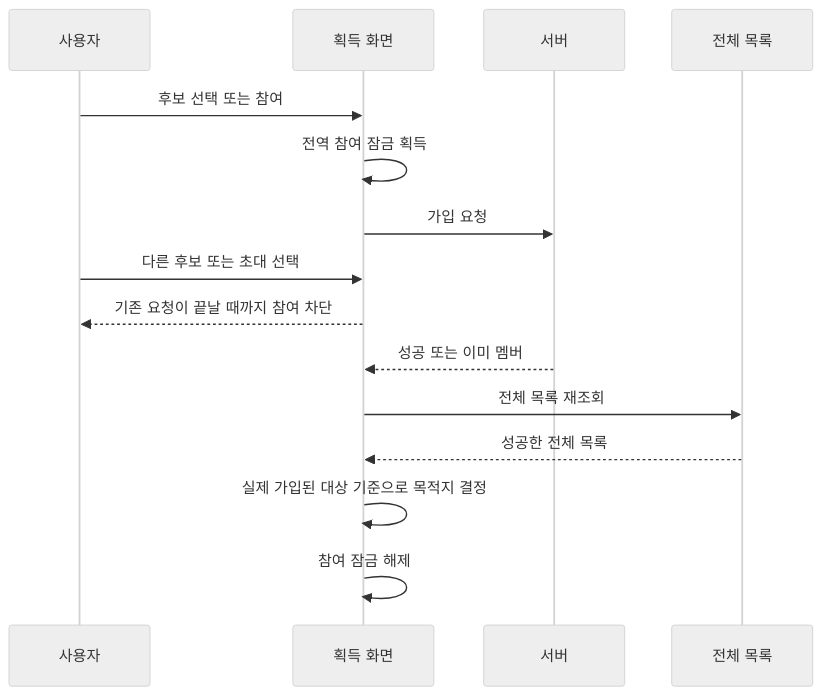
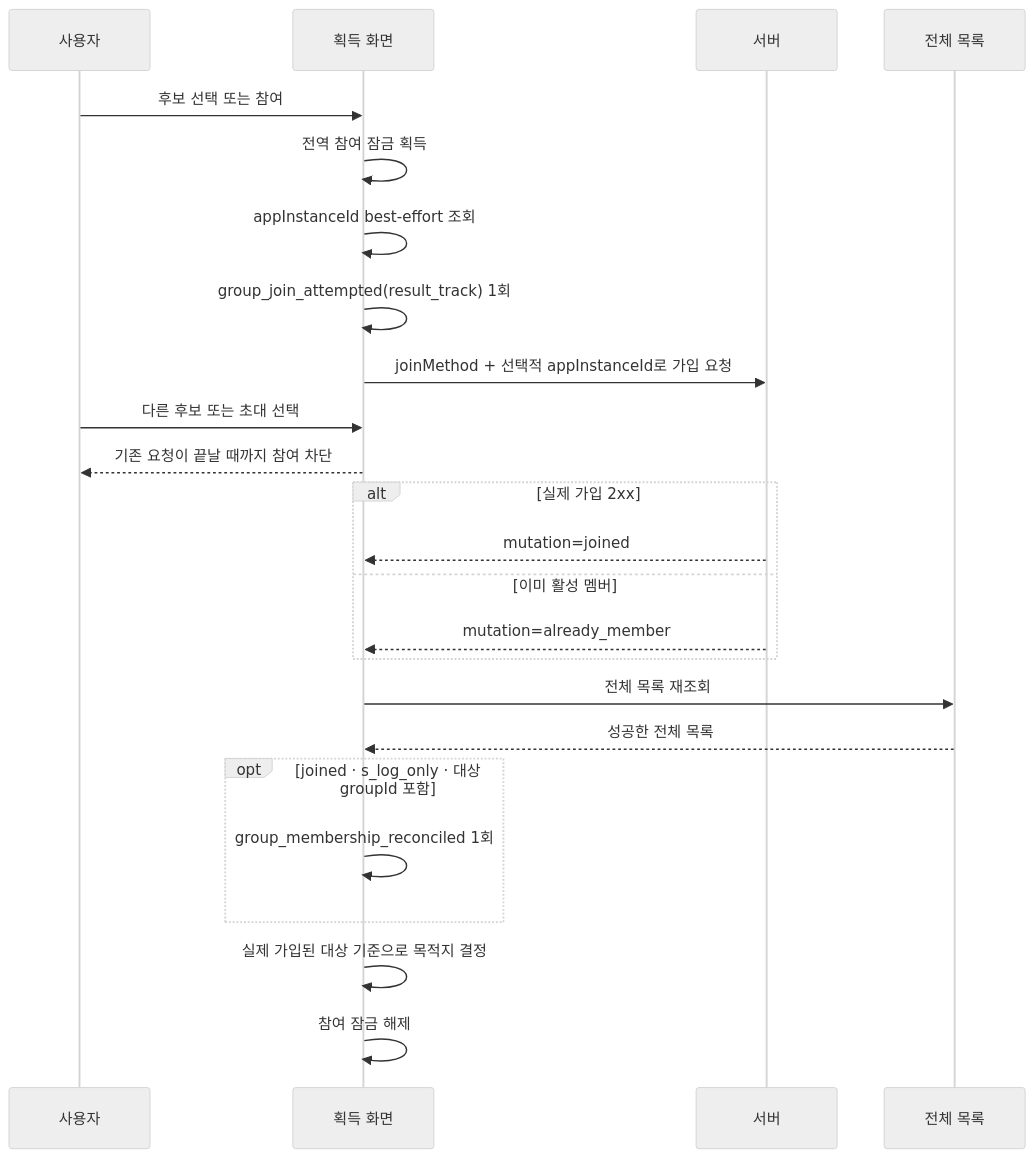
One commit to OneOrThree/phone changed the second of 3 diagrams in docs/prd/group/features/01-acquisition/low-level-design.md. Above: the diagram before and after it, drawn with Mermaid (neutral theme). The commit also changed other lines of this file and 21 other files, not shown here.

````diff
--- a/docs/prd/group/features/01-acquisition/low-level-design.md
+++ b/docs/prd/group/features/01-acquisition/low-level-design.md
@@ -46,18 +51,27 @@
 ```mermaid
 sequenceDiagram
     participant U as 사용자
     participant X as 획득 화면
     participant S as 서버
     participant L as 전체 목록
 
     U->>X: 후보 선택 또는 참여
     X->>X: 전역 참여 잠금 획득
-    X->>S: 가입 요청
+    X->>X: appInstanceId best-effort 조회
+    X->>X: group_join_attempted(result_track) 1회
+    X->>S: joinMethod + 선택적 appInstanceId로 가입 요청
     U->>X: 다른 후보 또는 초대 선택
     X-->>U: 기존 요청이 끝날 때까지 참여 차단
-    S-->>X: 성공 또는 이미 멤버
+    alt 실제 가입 2xx
+        S-->>X: mutation=joined
+    else 이미 활성 멤버
+        S-->>X: mutation=already_member
+    end
     X->>L: 전체 목록 재조회
     L-->>X: 성공한 전체 목록
+    opt joined · s_log_only · 대상 groupId 포함
+        X->>X: group_membership_reconciled 1회
+    end
     X->>X: 실제 가입된 대상 기준으로 목적지 결정
     X->>X: 참여 잠금 해제
 ```
````
